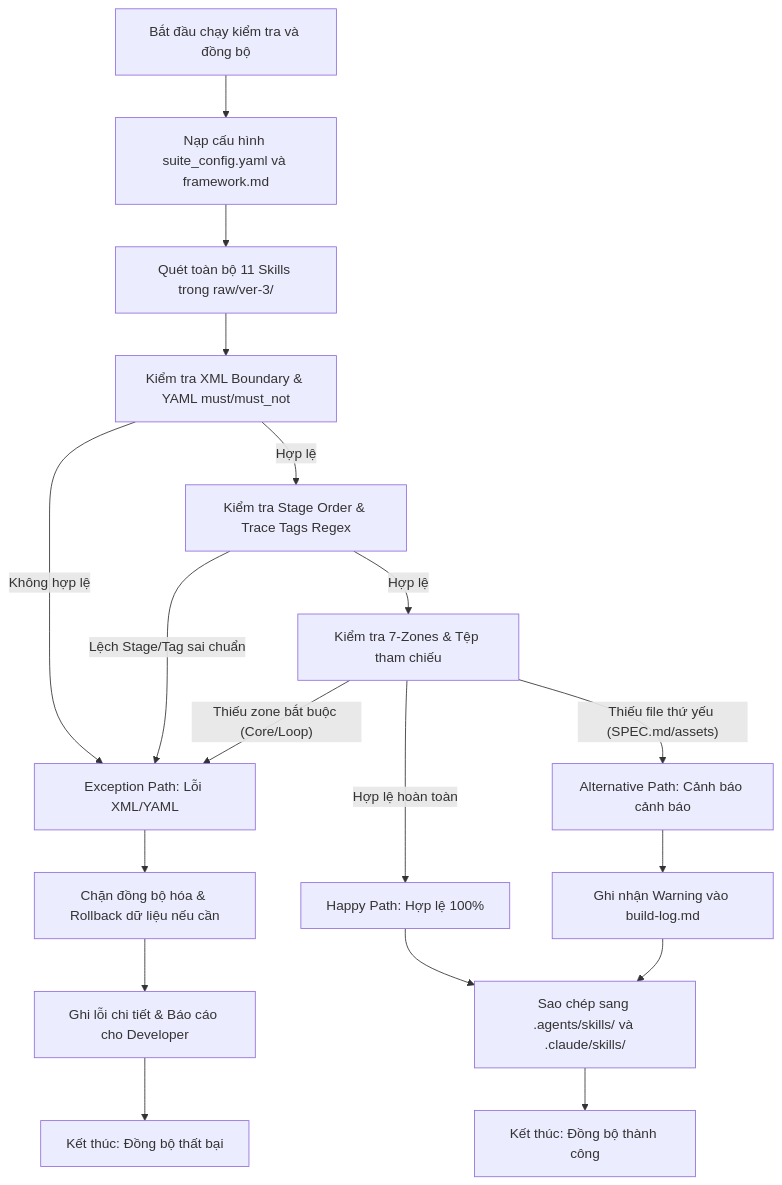
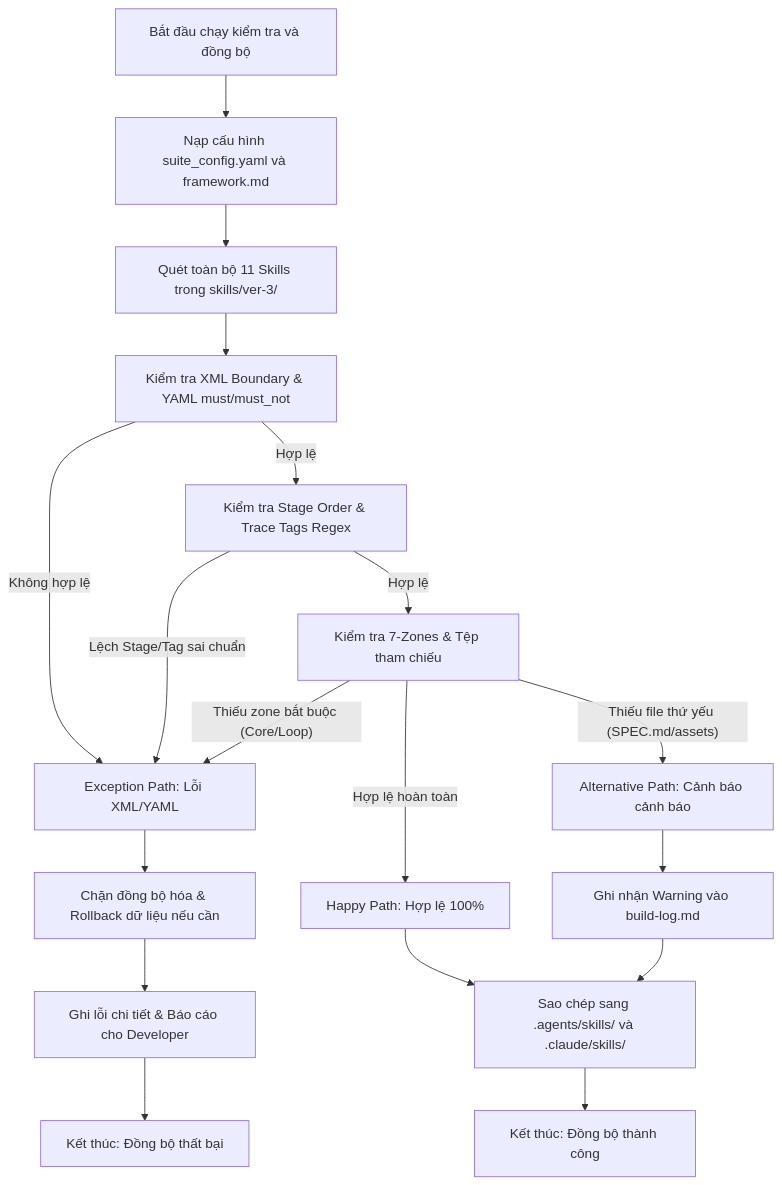
The second of 3 diagrams in docs/context-to-work/arch-sync/analysis-report.md (vuthuonghai-steve/WASHVN), drawn with Mermaid before and after one commit. The commit also changed other lines of this file and 104 other files, not shown here.

````diff
--- a/docs/context-to-work/arch-sync/analysis-report.md
+++ b/docs/context-to-work/arch-sync/analysis-report.md
@@ -63,26 +63,26 @@
 ```mermaid
 flowchart TD
     Start["Bắt đầu chạy kiểm tra và đồng bộ"] --> ReadConfig["Nạp cấu hình suite_config.yaml và framework.md"]
-    ReadConfig --> ScanSkills["Quét toàn bộ 11 Skills trong raw/ver-3/"]
+    ReadConfig --> ScanSkills["Quét toàn bộ 11 Skills trong skills/ver-3/"]
     ScanSkills --> CheckXML["Kiểm tra XML Boundary & YAML must/must_not"]
     
     CheckXML -- "Không hợp lệ" --> ExcPath["Exception Path: Lỗi XML/YAML"]
     CheckXML -- "Hợp lệ" --> CheckStage["Kiểm tra Stage Order & Trace Tags Regex"]
     
     CheckStage -- "Lệch Stage/Tag sai chuẩn" --> ExcPath
     CheckStage -- "Hợp lệ" --> CheckZones["Kiểm tra 7-Zones & Tệp tham chiếu"]
     
     CheckZones -- "Thiếu file thứ yếu (SPEC.md/assets)" --> AltPath["Alternative Path: Cảnh báo cảnh báo"]
     CheckZones -- "Thiếu zone bắt buộc (Core/Loop)" --> ExcPath
     CheckZones -- "Hợp lệ hoàn toàn" --> HappyPath["Happy Path: Hợp lệ 100%"]
     
     HappyPath --> SyncDev["Sao chép sang .agents/skills/ và .claude/skills/"]
     SyncDev --> EndSuccess["Kết thúc: Đồng bộ thành công"]
     
     AltPath --> LogWarn["Ghi nhận Warning vào build-log.md"]
     LogWarn --> SyncDev
     
     ExcPath --> BlockSync["Chặn đồng bộ hóa & Rollback dữ liệu nếu cần"]
     BlockSync --> LogErr["Ghi lỗi chi tiết & Báo cáo cho Developer"]
     LogErr --> EndFail["Kết thúc: Đồng bộ thất bại"]
 ```
````
